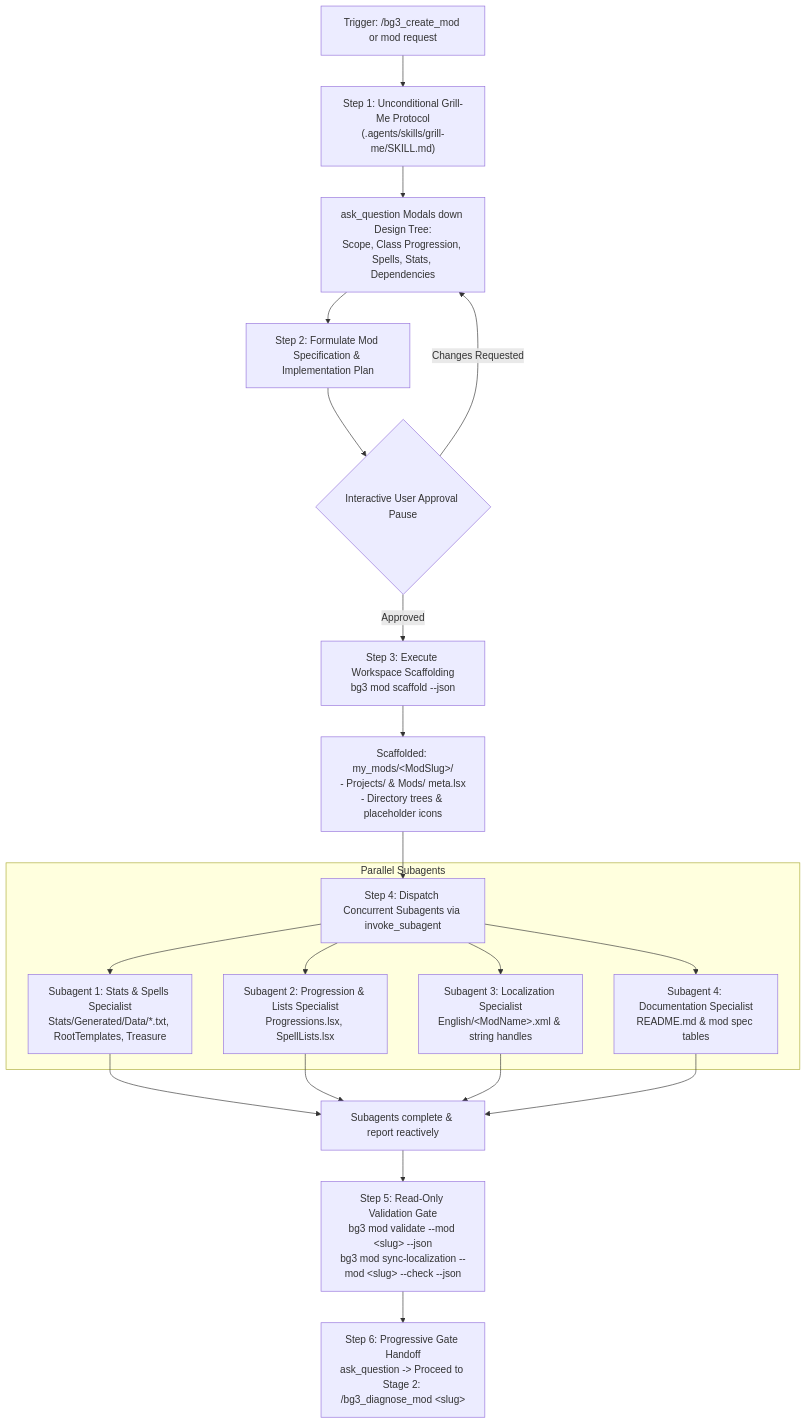
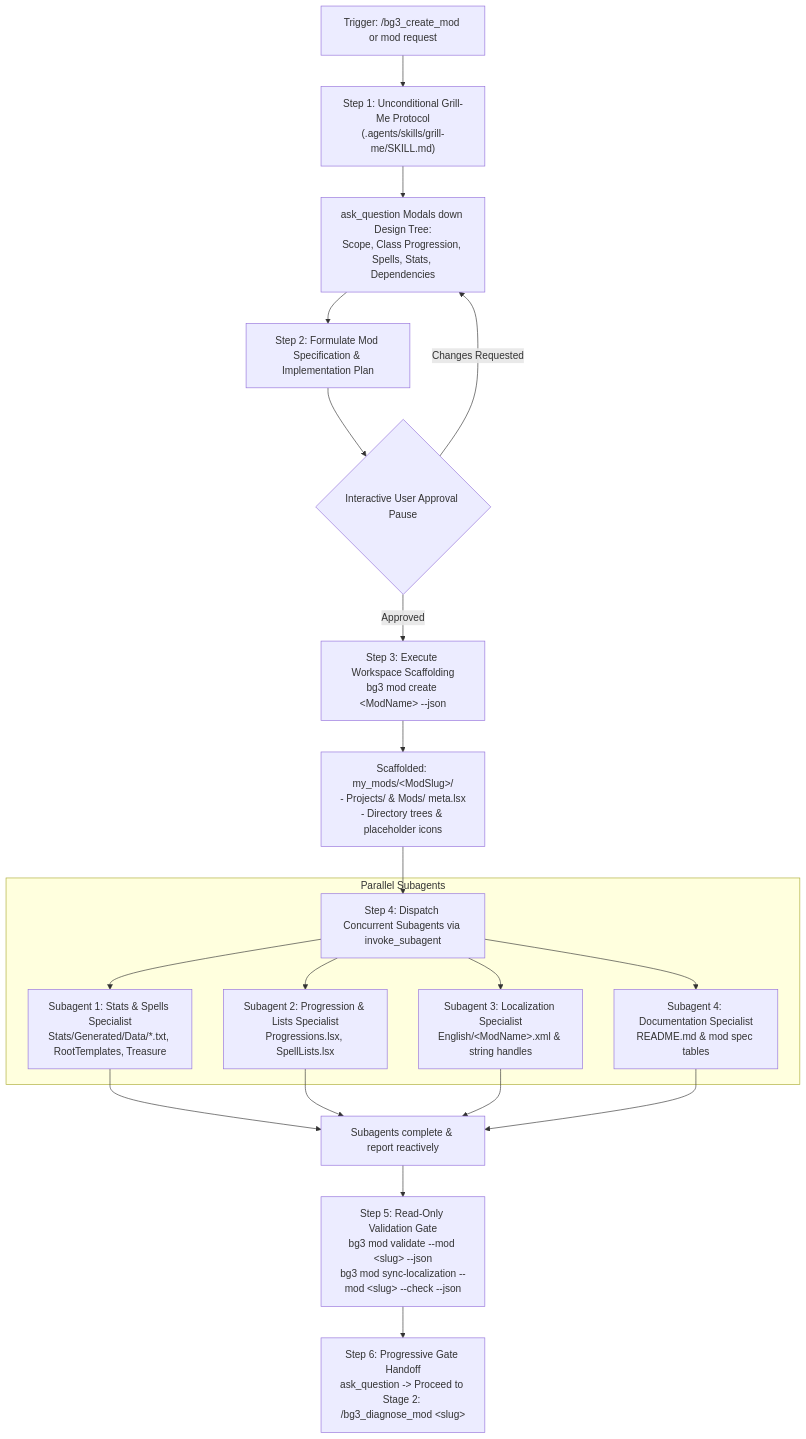
One commit to jpelton-stroud/bg3-mod-studio changed the diagram in .agents/skills/bg3_create_mod/SKILL.md. Above: the diagram before and after it, drawn with Mermaid. The commit also changed other lines of this file and 22 other files, not shown here.

First line of the commit message:
feat(authoring): expand Patch 8 content scaffolding across all engine schemas (#36)

````diff
--- a/.agents/skills/bg3_create_mod/SKILL.md
+++ b/.agents/skills/bg3_create_mod/SKILL.md
@@ -35,38 +35,38 @@
 ```mermaid
 flowchart TD
     A["Trigger: /bg3_create_mod or mod request"] --> B["Step 1: Unconditional Grill-Me Protocol
 (.agents/skills/grill-me/SKILL.md)"]
     B --> C["ask_question Modals down Design Tree:
 Scope, Class Progression, Spells, Stats, Dependencies"]
     C --> D["Step 2: Formulate Mod Specification & Implementation Plan"]
     D --> E{"Interactive User Approval Pause"}
     E -- "Changes Requested" --> C
     E -- "Approved" --> F["Step 3: Execute Workspace Scaffolding
-bg3 mod scaffold --json"]
+bg3 mod create &lt;ModName&gt; --json"]
     F --> G["Scaffolded: my_mods/&lt;ModSlug&gt;/
 - Projects/ & Mods/ meta.lsx
 - Directory trees & placeholder icons"]
     G --> H["Step 4: Dispatch Concurrent Subagents via invoke_subagent"]
     
     subgraph Parallel Subagents
         H --> I1["Subagent 1: Stats & Spells Specialist
 Stats/Generated/Data/*.txt, RootTemplates, Treasure"]
         H --> I2["Subagent 2: Progression & Lists Specialist
 Progressions.lsx, SpellLists.lsx"]
         H --> I3["Subagent 3: Localization Specialist
 English/&lt;ModName&gt;.xml & string handles"]
         H --> I4["Subagent 4: Documentation Specialist
 README.md & mod spec tables"]
     end
     
     I1 --> J["Subagents complete & report reactively"]
     I2 --> J
     I3 --> J
     I4 --> J
     
     J --> K["Step 5: Read-Only Validation Gate
 bg3 mod validate --mod &lt;slug&gt; --json
 bg3 mod sync-localization --mod &lt;slug&gt; --check --json"]
     K --> L["Step 6: Progressive Gate Handoff
 ask_question -> Proceed to Stage 2: /bg3_diagnose_mod &lt;slug&gt;"]
 ```
````
